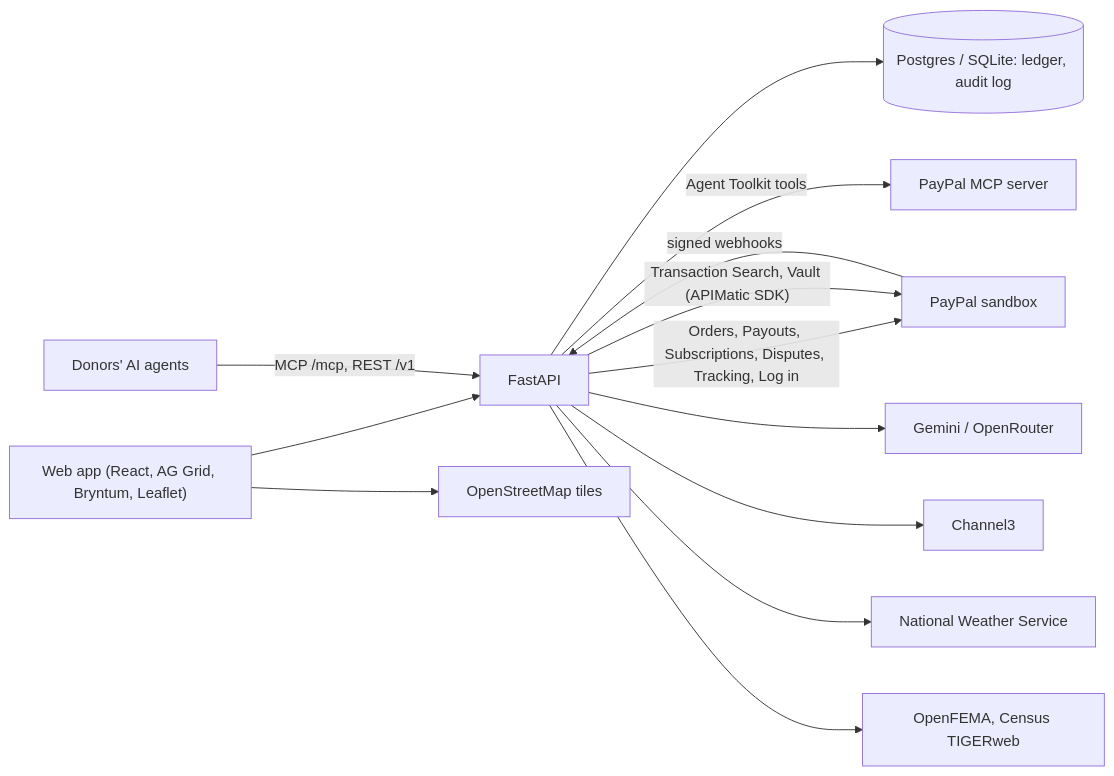
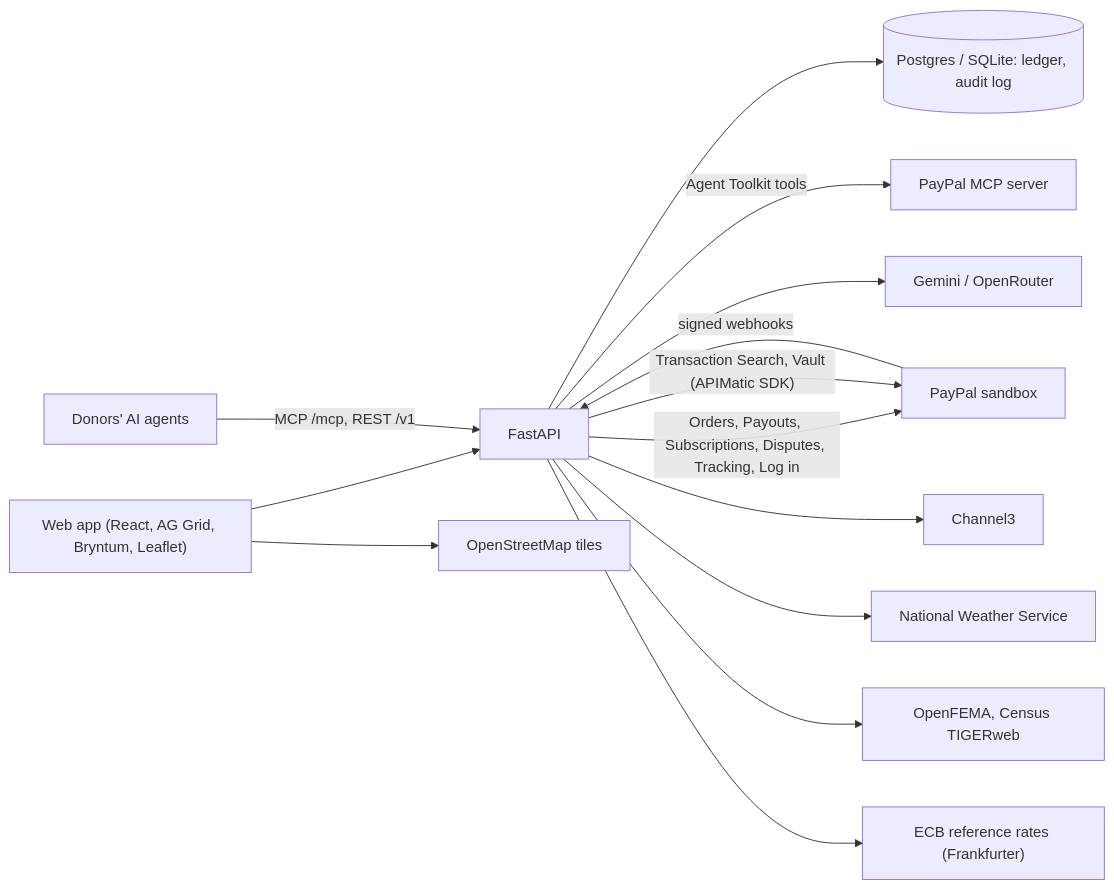
The diagram in README.md (AnshulPatil2005/hearthline), drawn with Mermaid before and after one commit. The commit also changed other lines of this file and 24 other files, not shown here.

````diff
--- a/README.md
+++ b/README.md
@@ -241,15 +242,16 @@
 ```mermaid
 flowchart LR
   web["Web app (React, AG Grid, Bryntum, Leaflet)"] --> api["FastAPI"]
   web --> osm["OpenStreetMap tiles"]
   agent["Donors' AI agents"] -- "MCP /mcp, REST /v1" --> api
   api --> db[("Postgres / SQLite: ledger, audit log")]
   api -- "Orders, Payouts, Subscriptions, Disputes, Tracking, Log in" --> paypal["PayPal sandbox"]
   paypal -- "signed webhooks" --> api
   api -- "Agent Toolkit tools" --> mcp["PayPal MCP server"]
   api -- "Transaction Search, Vault (APIMatic SDK)" --> paypal
   api --> ai["Gemini / OpenRouter"]
   api --> c3["Channel3"]
   api --> nws["National Weather Service"]
   api --> fema["OpenFEMA, Census TIGERweb"]
+  api --> fx["ECB reference rates (Frankfurter)"]
 ```
````
